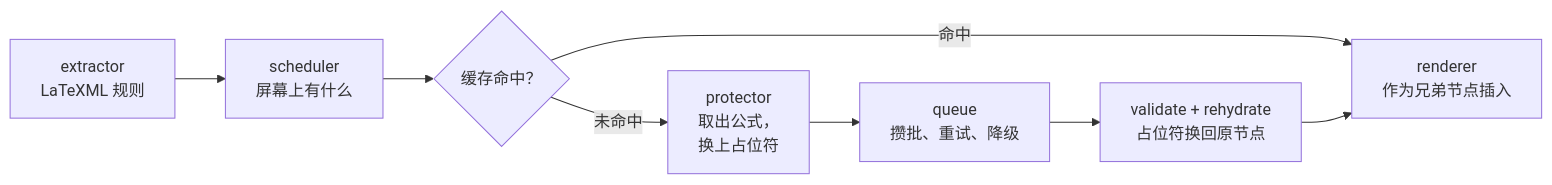
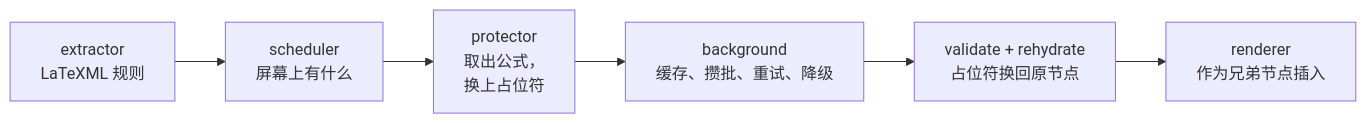
The diagram in README.zh-CN.md (SRjoeee/ReadarXiv), drawn with Mermaid before and after one commit. The commit also changed other lines of this file and 4 other files, not shown here.

````diff
--- a/README.zh-CN.md
+++ b/README.zh-CN.md
@@ -122,10 +123,8 @@
 ```mermaid
 flowchart LR
   A["extractor<br/>LaTeXML 规则"] --> B["scheduler<br/>屏幕上有什么"]
-  B --> C{"缓存命中？"}
-  C -->|命中| G
-  C -->|未命中| D["protector<br/>取出公式，<br/>换上占位符"]
-  D --> E["queue<br/>攒批、重试、降级"]
+  B --> D["protector<br/>取出公式，<br/>换上占位符"]
+  D --> E["background<br/>缓存、攒批、重试、降级"]
   E --> F["validate + rehydrate<br/>占位符换回原节点"]
   F --> G["renderer<br/>作为兄弟节点插入"]
 ```
````
